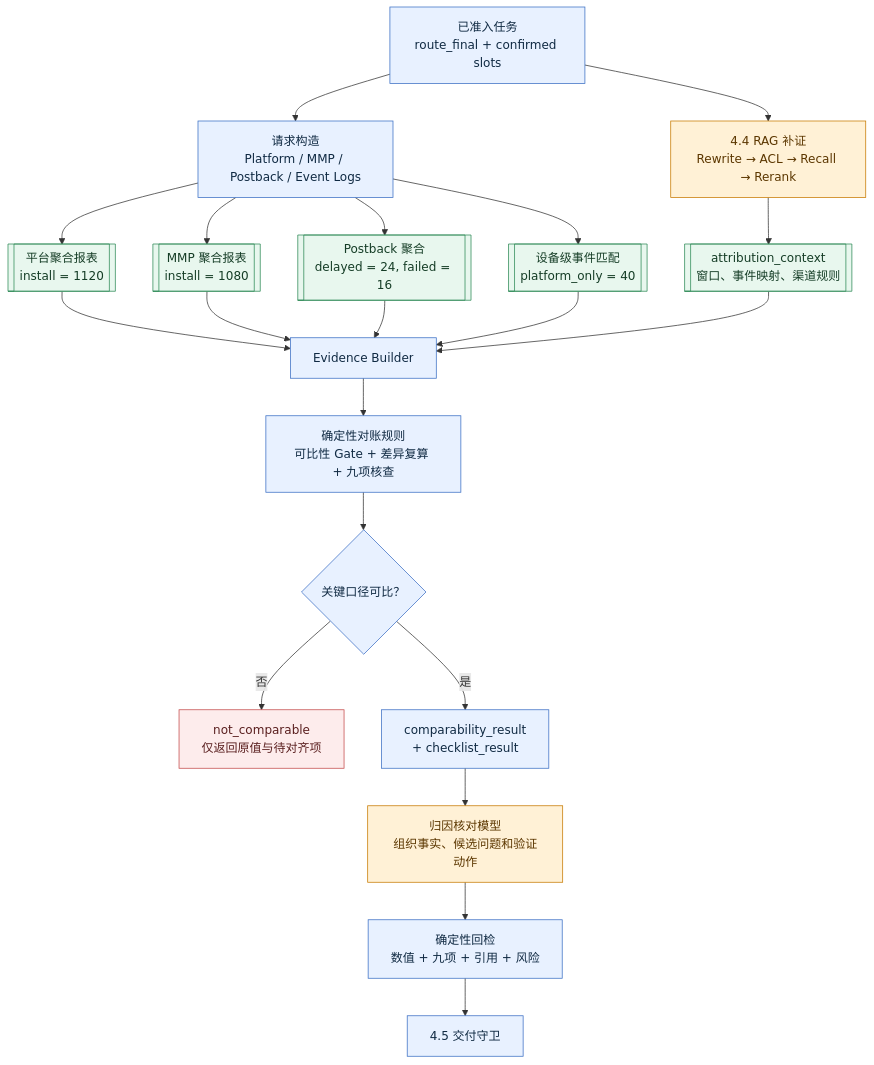
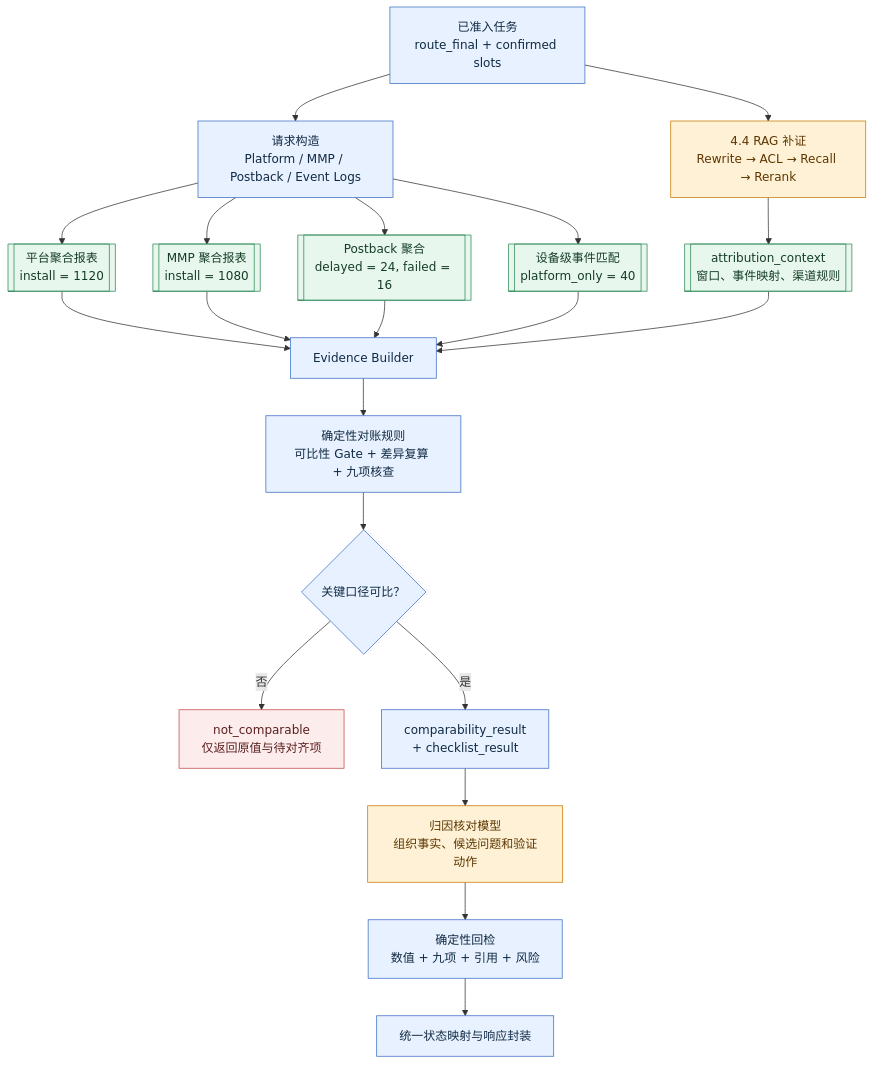
Before and after one commit to linkaka970105/ai-pm-adops-copilot: the third of 6 diagrams in 03_prd/adops_attribution_layered_prd_v5/03-implementation.md, drawn with Mermaid. The commit also changed other lines of this file and 3 other files, not shown here.

````diff
--- a/03_prd/adops_attribution_layered_prd_v5/03-implementation.md
+++ b/03_prd/adops_attribution_layered_prd_v5/03-implementation.md
@@ -870,31 +869,31 @@
 ```mermaid
 flowchart TD
   A["已准入任务<br/>route_final + confirmed slots"] --> B["请求构造<br/>Platform / MMP / Postback / Event Logs"]
   B --> C1[["平台聚合报表<br/>install = 1120"]]
   B --> C2[["MMP 聚合报表<br/>install = 1080"]]
   B --> C3[["Postback 聚合<br/>delayed = 24, failed = 16"]]
   B --> C4[["设备级事件匹配<br/>platform_only = 40"]]
   A --> D["4.4 RAG 补证<br/>Rewrite → ACL → Recall → Rerank"]
   D --> D1[["attribution_context<br/>窗口、事件映射、渠道规则"]]
   C1 --> E["Evidence Builder"]
   C2 --> E
   C3 --> E
   C4 --> E
   D1 --> E
   E --> F["确定性对账规则<br/>可比性 Gate + 差异复算 + 九项核查"]
   F --> G{"关键口径可比？"}
   G -->|否| G1["not_comparable<br/>仅返回原值与待对齐项"]
   G -->|是| H["comparability_result<br/>+ checklist_result"]
   H --> I["归因核对模型<br/>组织事实、候选问题和验证动作"]
   I --> J["确定性回检<br/>数值 + 九项 + 引用 + 风险"]
-  J --> K["4.5 交付守卫"]
+  J --> K["统一状态映射与响应封装"]
 
   classDef deterministic fill:#E8F1FF,stroke:#3B6FC4,color:#102A43;
   classDef model fill:#FFF1D6,stroke:#C77A00,color:#5C3700;
   classDef data fill:#E8F7EE,stroke:#2E8B57,color:#153D26;
   classDef stop fill:#FDECEC,stroke:#C44B4B,color:#5A1F1F;
   class A,B,E,F,G,H,J,K deterministic;
   class D,I model;
   class C1,C2,C3,C4,D1 data;
   class G1 stop;
 ```
````
